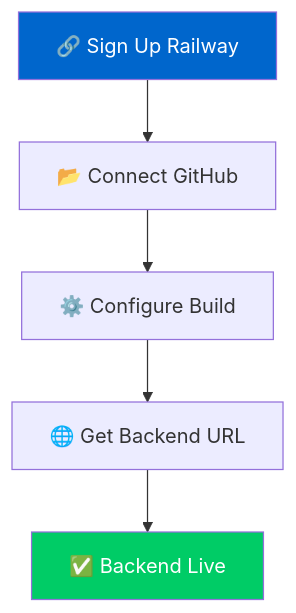
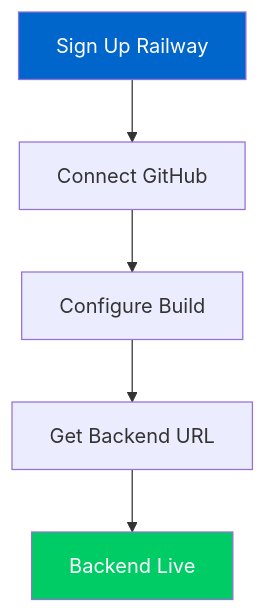
Before and after one commit to ankitkumar-13/weather-engine-maritime: the diagram in DEPLOYMENT.md, drawn with Mermaid. The commit also changed other lines of this file, not shown here.

````diff
--- a/DEPLOYMENT.md
+++ b/DEPLOYMENT.md
@@ -65,10 +65,10 @@
 ```mermaid
 graph TD
-    A[🔗 Sign Up Railway] --> B[📂 Connect GitHub]
-    B --> C[⚙️ Configure Build]
-    C --> D[🌐 Get Backend URL]
-    D --> E[✅ Backend Live]
+    A[Sign Up Railway] --> B[Connect GitHub]
+    B --> C[Configure Build]
+    C --> D[Get Backend URL]
+    D --> E[Backend Live]
     
     style A fill:#0066cc,color:#fff
     style E fill:#00cc66,color:#fff
 ```
````
